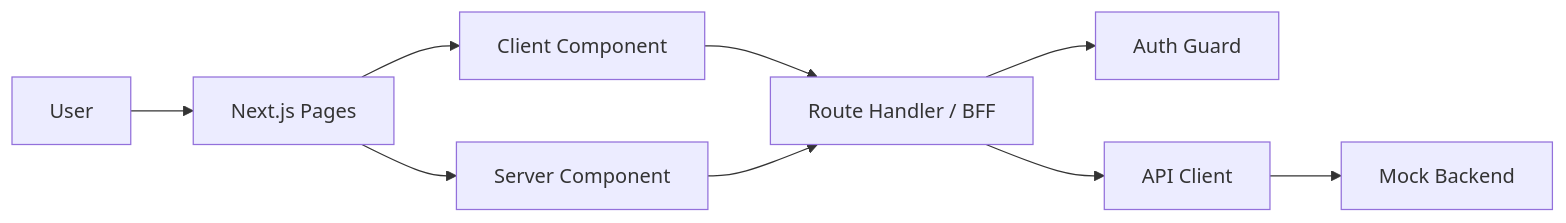
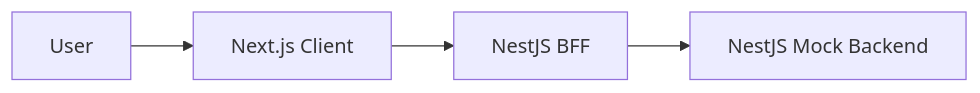
One commit to dadanliu/simulation-system changed the first of 4 diagrams in SIMULATED_HOBBER_BOP_MVP.md. Above: the diagram before and after it, drawn with Mermaid. The commit also changed other lines of this file and 42 other files, not shown here.

Commit message:
refactor: migrate bff and server to nestjs

````diff
--- a/SIMULATED_HOBBER_BOP_MVP.md
+++ b/SIMULATED_HOBBER_BOP_MVP.md
@@ -201,11 +218,6 @@
 ```mermaid
 flowchart LR
-    U[User] --> P[Next.js Pages]
-    P --> C[Server Component]
-    P --> CC[Client Component]
-    CC --> BFF[Route Handler / BFF]
-    C --> BFF
-    BFF --> AUTH[Auth Guard]
-    BFF --> API[API Client]
-    API --> MOCK[Mock Backend]
+    U[User] --> C[Next.js Client]
+    C --> B[NestJS BFF]
+    B --> S[NestJS Mock Backend]
 ```
````
